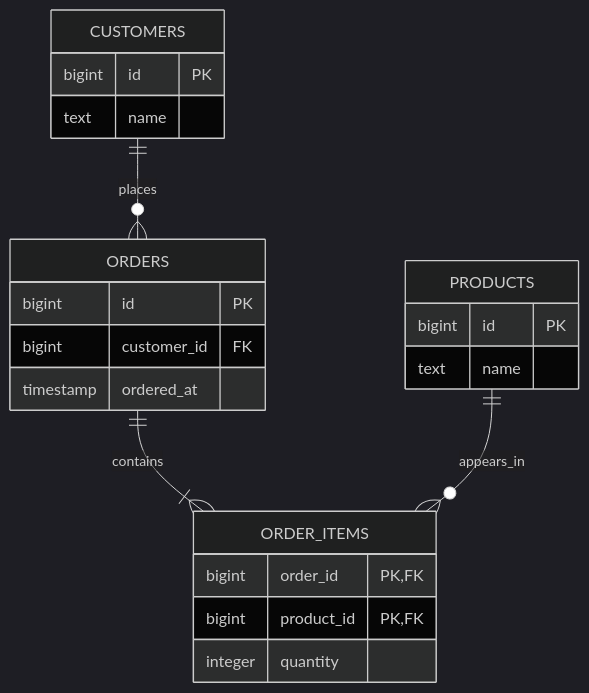
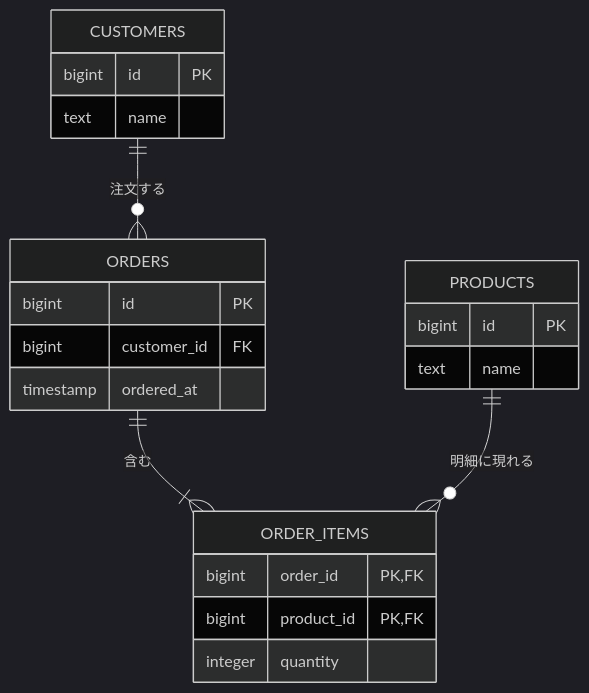
The diagram in src/content/docs/01-foundations/02-relational-model.md (hirunebot/database-systems-book), drawn with Mermaid (dark theme) before and after one commit. The commit also changed other lines of this file and 42 other files, not shown here.

````diff
--- a/src/content/docs/01-foundations/02-relational-model.md
+++ b/src/content/docs/01-foundations/02-relational-model.md
@@ -154,25 +154,25 @@
 ```mermaid
 erDiagram
-    CUSTOMERS ||--o{ ORDERS : places
-    ORDERS ||--|{ ORDER_ITEMS : contains
-    PRODUCTS ||--o{ ORDER_ITEMS : appears_in
+    CUSTOMERS ||--o{ ORDERS : 注文する
+    ORDERS ||--|{ ORDER_ITEMS : 含む
+    PRODUCTS ||--o{ ORDER_ITEMS : 明細に現れる
 
     CUSTOMERS {
         bigint id PK
         text name
     }
     ORDERS {
         bigint id PK
         bigint customer_id FK
         timestamp ordered_at
     }
     PRODUCTS {
         bigint id PK
         text name
     }
     ORDER_ITEMS {
         bigint order_id PK,FK
         bigint product_id PK,FK
         integer quantity
     }
 ```
````
